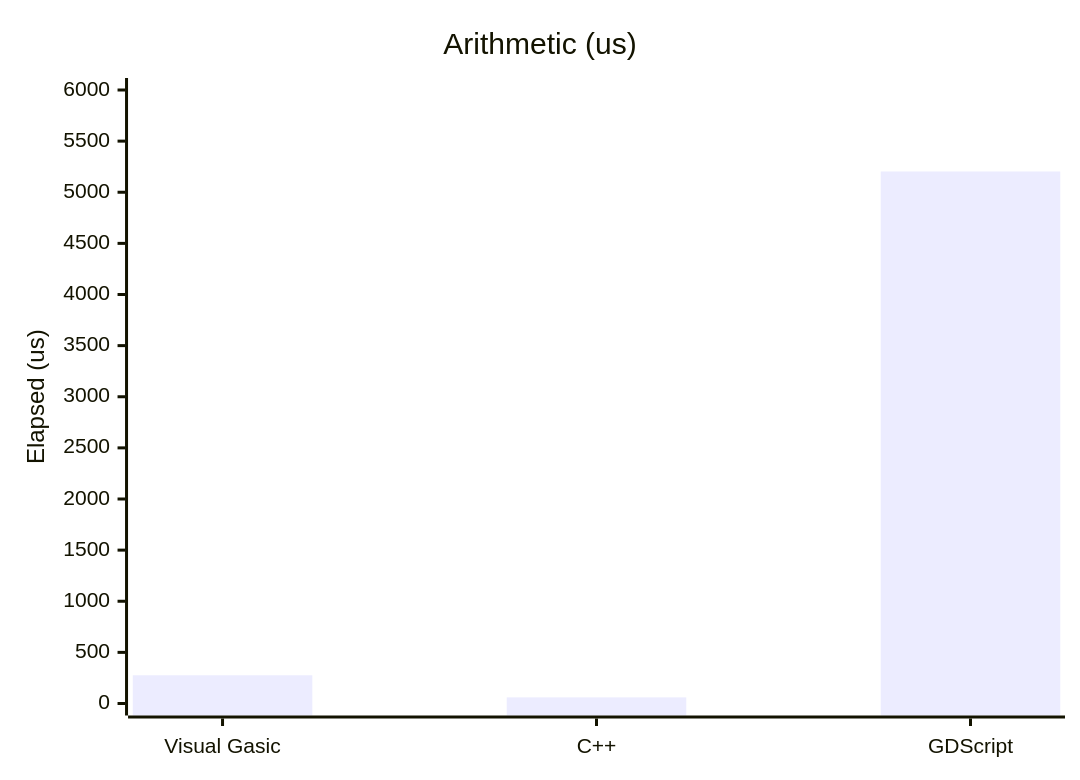
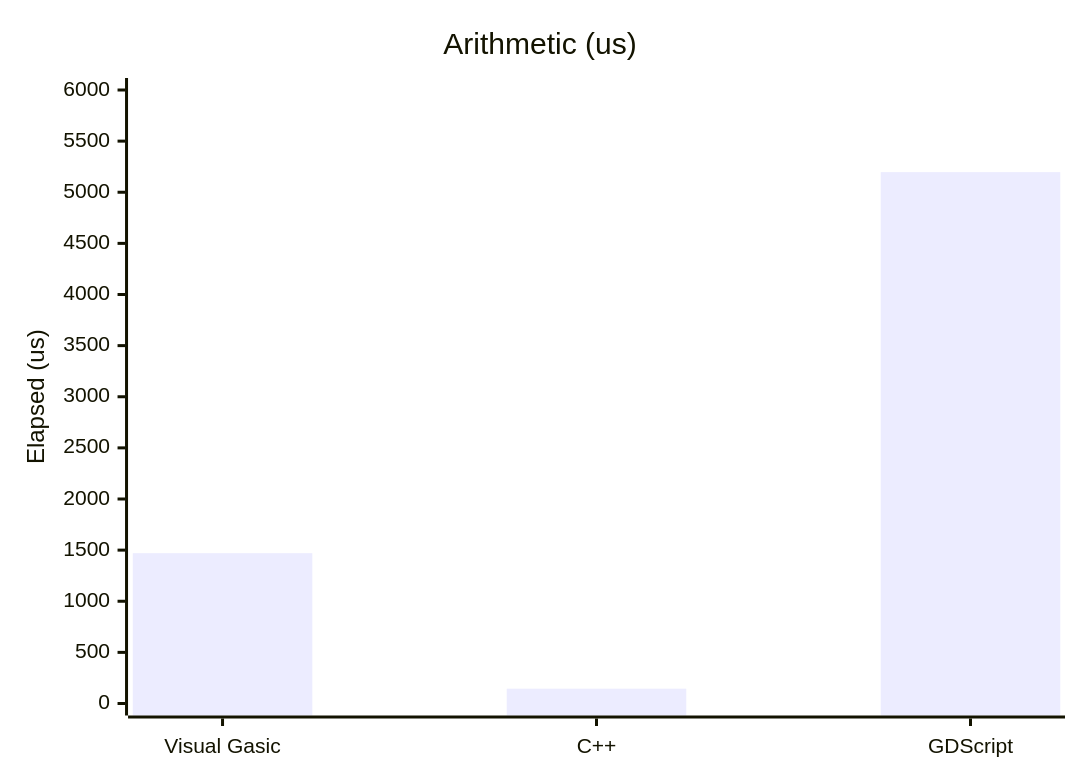
Before and after one commit to xgreenrx-star/VisualGasic: the first of 10 diagrams in docs/manual/performance.md, drawn with Mermaid. The commit also changed other lines of this file and 5 other files, not shown here.

````diff
--- a/docs/manual/performance.md
+++ b/docs/manual/performance.md
@@ -77,7 +74,7 @@
 ```mermaid
 xychart-beta
     title "Arithmetic (us)"
     x-axis ["Visual Gasic","C++","GDScript"]
     y-axis "Elapsed (us)" 0 --> 6000
-    bar [276,60,5203]
+    bar [1470,145,5197]
 ```
````
